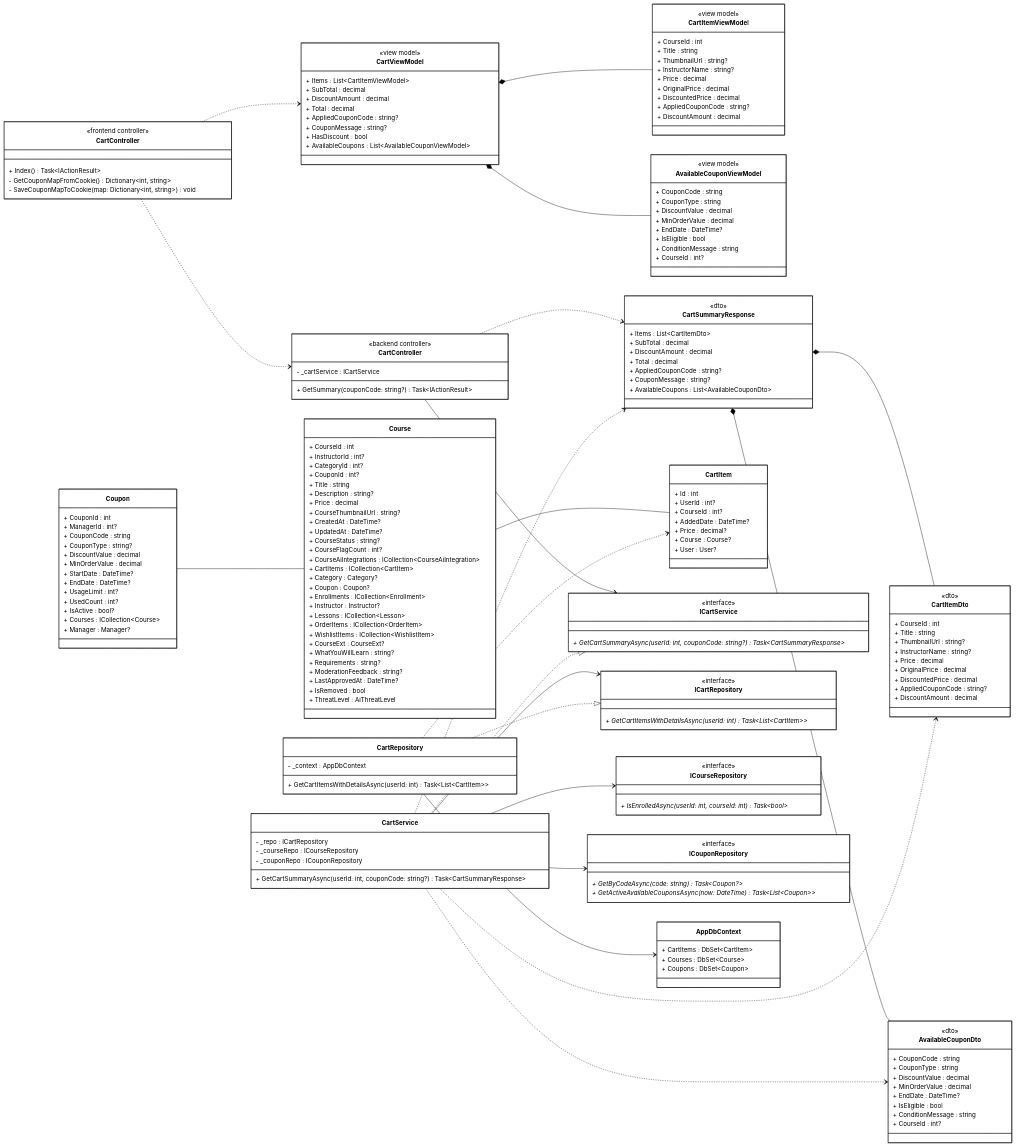
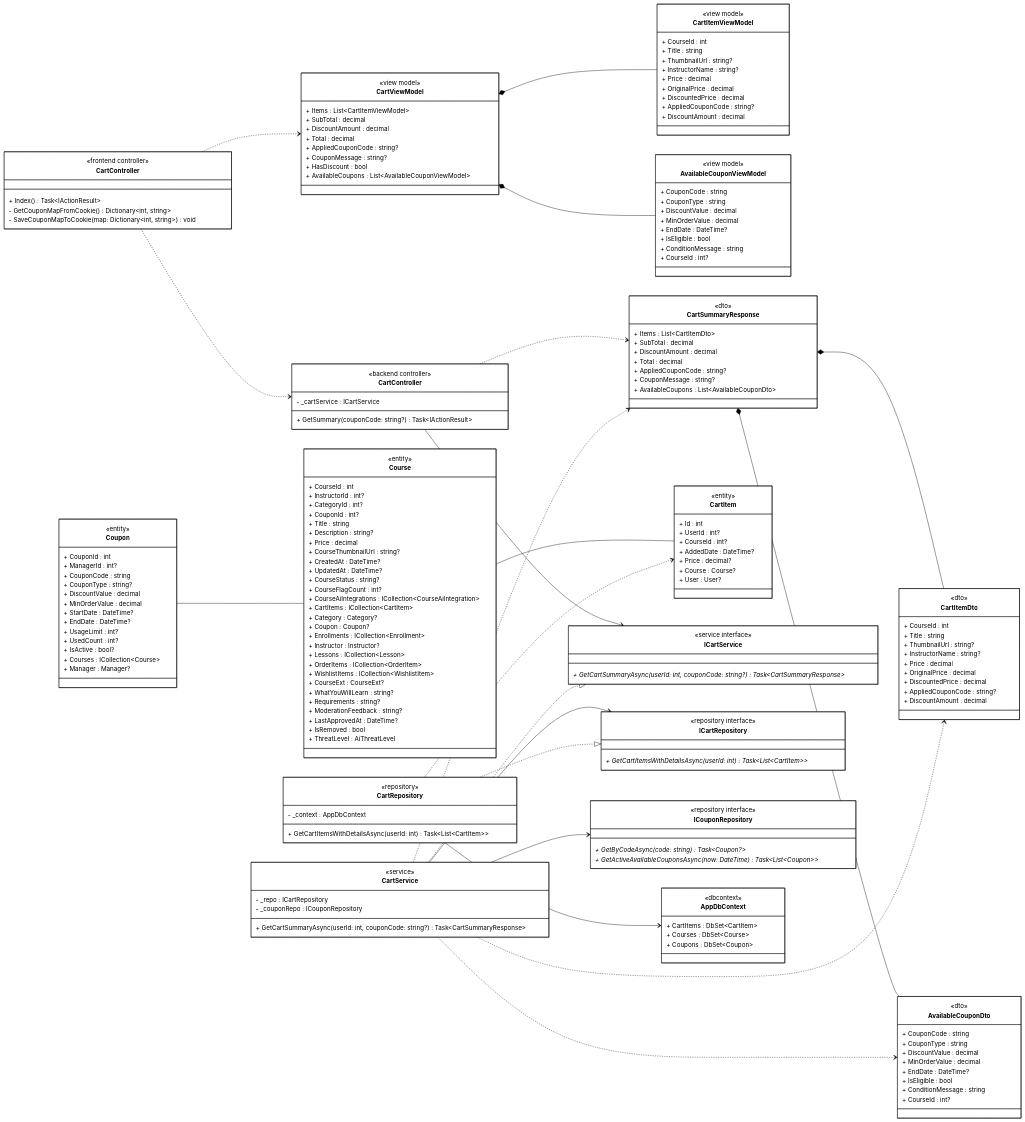
Before and after one commit to 1000do/Linked: the diagram in diagrams/class_mermaid/cart/cls_mm_view_cart_items.mmd, drawn with Mermaid (forest theme). The commit also changed 34 other files, not shown here.

Commit message:
docs: generate mermaid class diagrams and plantuml sequence diagrams for chat, notification, cart, and instructor application features

```diff
--- a/diagrams/class_mermaid/cart/cls_mm_view_cart_items.mmd
+++ b/diagrams/class_mermaid/cart/cls_mm_view_cart_items.mmd
@@ -96,6 +96,7 @@
 %% ==================== BACKEND - DOMAIN ENTITIES ====================
 
 class CartItem {
+    <<entity>>
     + Id : int
     + UserId : int?
     + CourseId : int?
@@ -106,6 +107,7 @@
 }
 
 class Course {
+    <<entity>>
     + CourseId : int
     + InstructorId : int?
     + CategoryId : int?
@@ -137,6 +139,7 @@
 }
 
 class Coupon {
+    <<entity>>
     + CouponId : int
     + ManagerId : int?
     + CouponCode : string
@@ -155,24 +158,20 @@
 %% ==================== BACKEND - SERVICE INTERFACES ====================
 
 class ICartService {
-    <<interface>>
+    <<service interface>>
     + GetCartSummaryAsync(userId: int, couponCode: string?) Task~CartSummaryResponse~ *
 }
 
 %% ==================== BACKEND - REPOSITORY INTERFACES ====================
 
 class ICartRepository {
-    <<interface>>
+    <<repository interface>>
     + GetCartItemsWithDetailsAsync(userId: int) Task~List~CartItem~~ *
 }
 
-class ICourseRepository {
-    <<interface>>
-    + IsEnrolledAsync(userId: int, courseId: int) Task~bool~ *
-}
 
 class ICouponRepository {
-    <<interface>>
+    <<repository interface>>
     + GetByCodeAsync(code: string) Task~Coupon?~ *
     + GetActiveAvailableCouponsAsync(now: DateTime) Task~List~Coupon~~ *
 }
@@ -180,8 +179,8 @@
 %% ==================== BACKEND - SERVICE IMPLEMENTATION ====================
 
 class CartService {
+    <<service>>
     - _repo : ICartRepository
-    - _courseRepo : ICourseRepository
     - _couponRepo : ICouponRepository
     + GetCartSummaryAsync(userId: int, couponCode: string?) Task~CartSummaryResponse~
 }
@@ -189,6 +188,7 @@
 %% ==================== BACKEND - REPOSITORY IMPLEMENTATION ====================
 
 class CartRepository {
+    <<repository>>
     - _context : AppDbContext
     + GetCartItemsWithDetailsAsync(userId: int) Task~List~CartItem~~
 }
@@ -196,6 +196,7 @@
 %% ==================== BACKEND - DbContext ====================
 
 class AppDbContext {
+    <<dbcontext>>
     + CartItems : DbSet~CartItem~
     + Courses : DbSet~Course~
     + Coupons : DbSet~Coupon~
@@ -206,7 +207,6 @@
 %% === UNIDIRECTIONAL ASSOCIATION ===
 CartControllerBE --> ICartService
 CartService --> ICartRepository
-CartService --> ICourseRepository
 CartService --> ICouponRepository
 CartRepository --> AppDbContext
 
```
